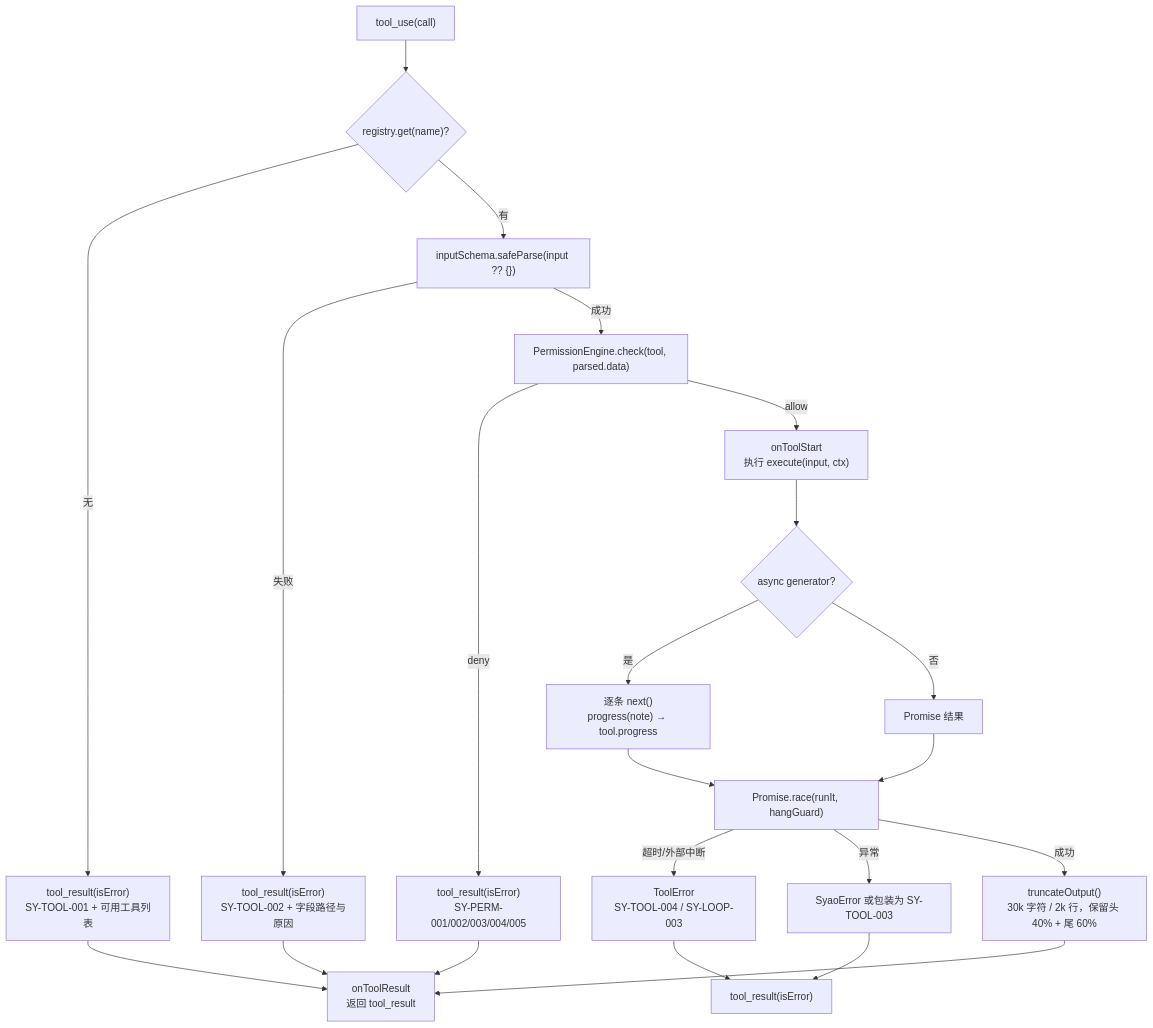
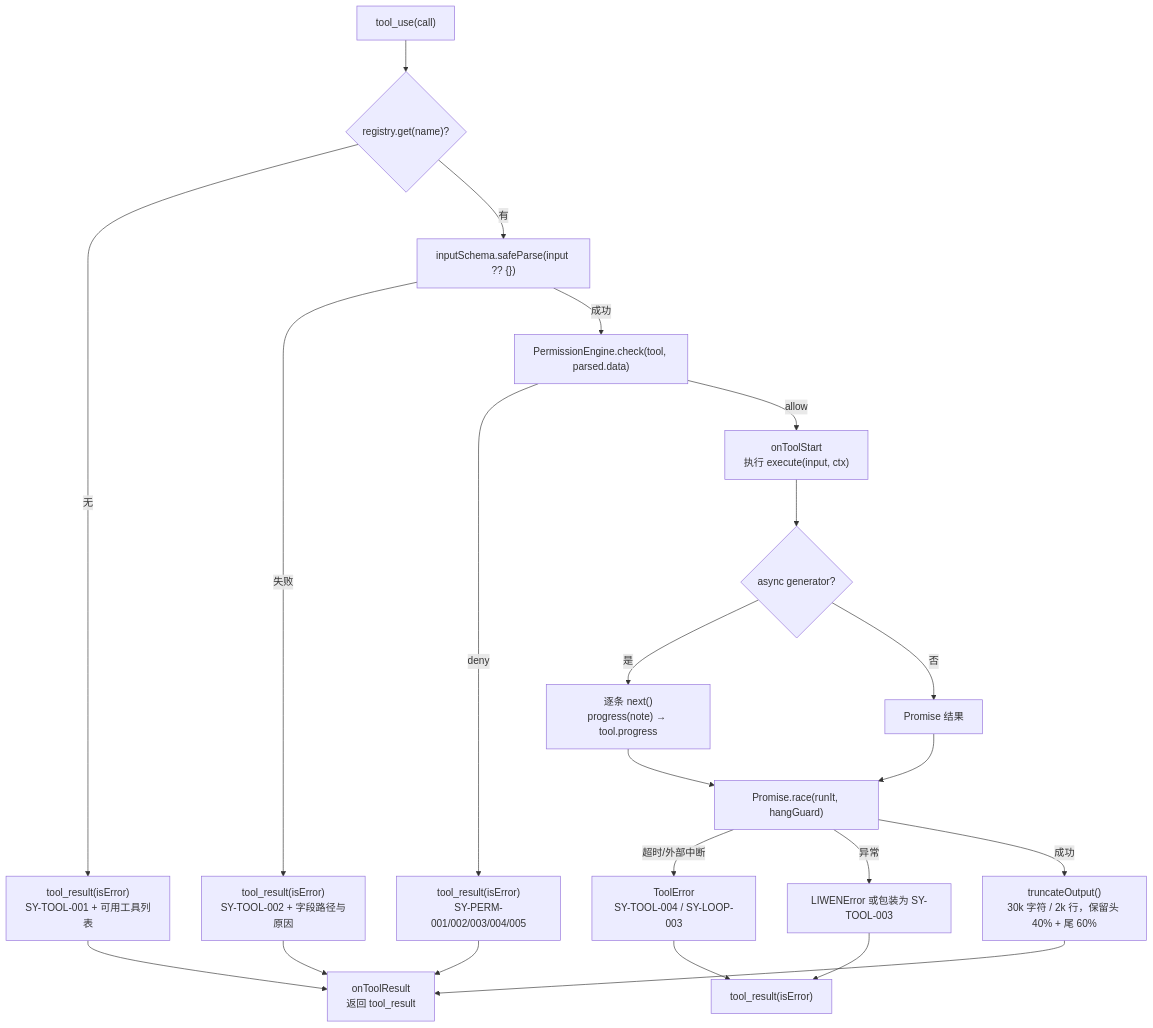
One commit to wenhuang2333/SYAOCode changed the fourth of 5 diagrams in 概览.md. Above: the diagram before and after it, drawn with Mermaid. The commit also changed other lines of this file and 323 other files, not shown here.

````diff
--- a/概览.md
+++ b/概览.md
@@ -485,24 +485,24 @@
 ```mermaid
 flowchart TD
   A["tool_use(call)"] --> B{"registry.get(name)?"}
   B -->|无| C["tool_result(isError)\nSY-TOOL-001 + 可用工具列表"]
   B -->|有| D["inputSchema.safeParse(input ?? {})"]
   D -->|失败| E["tool_result(isError)\nSY-TOOL-002 + 字段路径与原因"]
   D -->|成功| F["PermissionEngine.check(tool, parsed.data)"]
   F -->|deny| G["tool_result(isError)\nSY-PERM-001/002/003/004/005"]
   F -->|allow| H["onToolStart\n执行 execute(input, ctx)"]
   H --> I{"async generator?"}
   I -->|是| J["逐条 next()\nprogress(note) → tool.progress"]
   I -->|否| K["Promise 结果"]
   J --> L["Promise.race(runIt, hangGuard)"]
   K --> L
   L -->|超时/外部中断| M["ToolError\nSY-TOOL-004 / SY-LOOP-003"]
-  L -->|异常| N["SyaoError 或包装为 SY-TOOL-003"]
+  L -->|异常| N["LIWENError 或包装为 SY-TOOL-003"]
   L -->|成功| O["truncateOutput()\n30k 字符 / 2k 行，保留头 40% + 尾 60%"]
   M --> P["tool_result(isError)"]
   N --> P
   O --> Q["onToolResult\n返回 tool_result"]
   C --> Q
   E --> Q
   G --> Q
 ```
````
